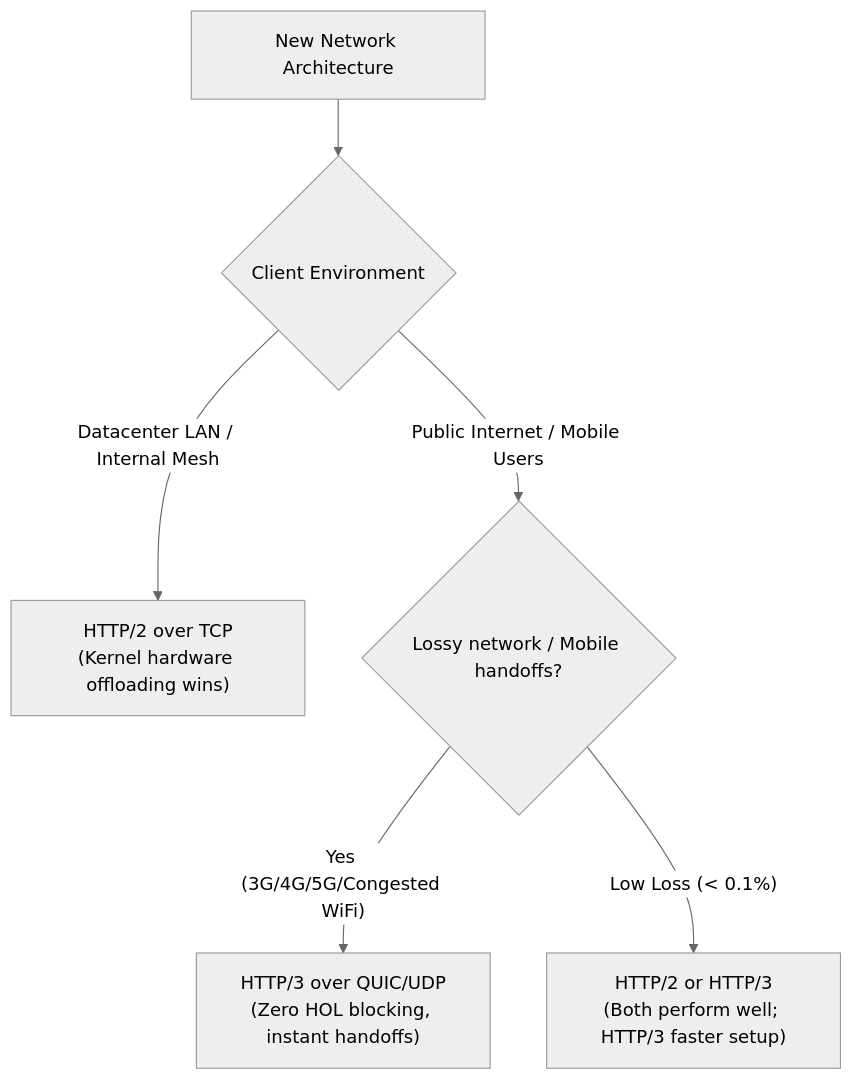
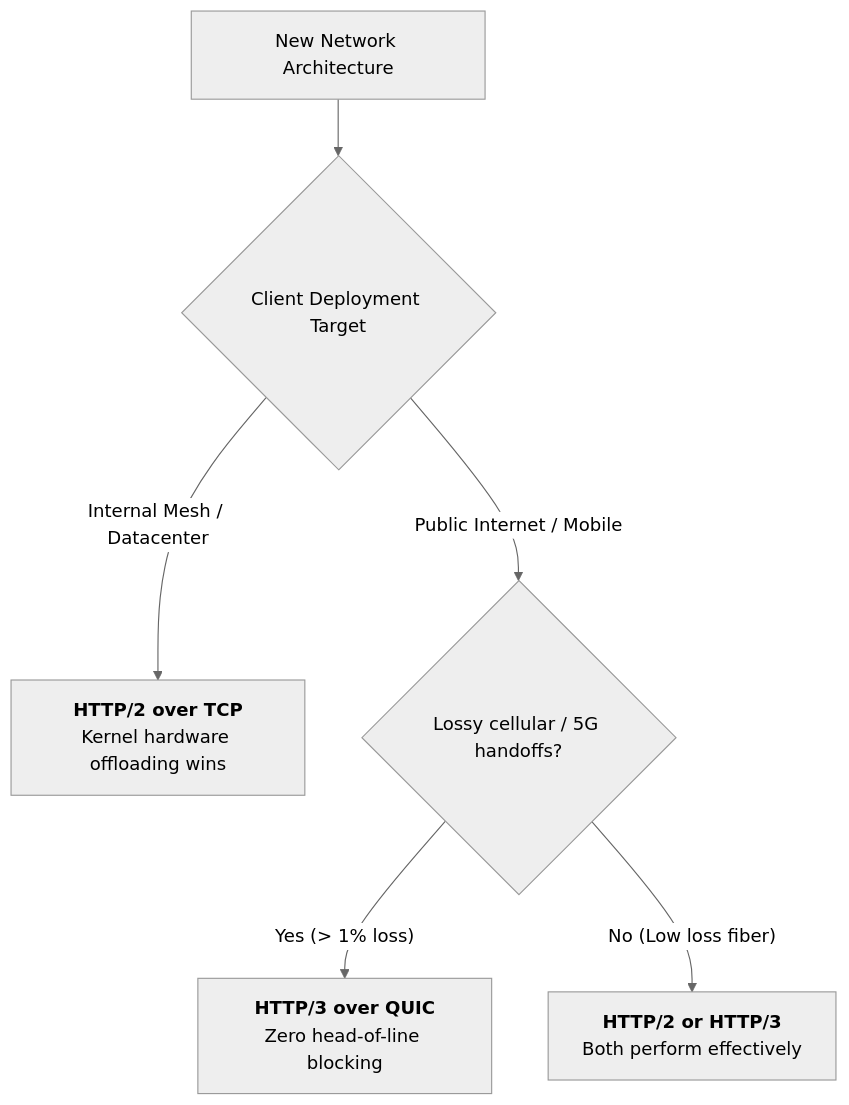
One commit to naimurhasan/naimurhasan.github.io changed the first of 3 diagrams in _posts/2026-09-14-http3-explained-why-the-internet-moved-to-quic.md. Above: the diagram before and after it, drawn with Mermaid (neutral theme). The commit also changed other lines of this file and 28 other files, not shown here.

Commit message:
fix(blog): refactor all Mermaid diagrams to vertical legible layouts and restore in-body illustrations

````diff
--- a/_posts/2026-09-14-http3-explained-why-the-internet-moved-to-quic.md
+++ b/_posts/2026-09-14-http3-explained-why-the-internet-moved-to-quic.md
@@ -25,8 +25,8 @@
 ```mermaid
-graph TD
-  Start["New Network Architecture"] --> Env{"Client Environment"}
-  Env -- "Datacenter LAN / Internal Mesh" --> TCP["HTTP/2 over TCP<br/>(Kernel hardware offloading wins)"]
-  Env -- "Public Internet / Mobile Users" --> Loss{"Lossy network / Mobile handoffs?"}
-  Loss -- "Yes (3G/4G/5G/Congested WiFi)" --> QUIC["HTTP/3 over QUIC/UDP<br/>(Zero HOL blocking, instant handoffs)"]
-  Loss -- "Low Loss (< 0.1%)" --> Either["HTTP/2 or HTTP/3<br/>(Both perform well; HTTP/3 faster setup)"]
+flowchart TD
+  Start["New Network Architecture"] --> Env{"Client Deployment Target"}
+  Env -- "Internal Mesh / Datacenter" --> TCP["<b>HTTP/2 over TCP</b><br/>Kernel hardware offloading wins"]
+  Env -- "Public Internet / Mobile" --> Mobile{"Lossy cellular / 5G handoffs?"}
+  Mobile -- "Yes (> 1% loss)" --> QUIC["<b>HTTP/3 over QUIC</b><br/>Zero head-of-line blocking"]
+  Mobile -- "No (Low loss fiber)" --> Either["<b>HTTP/2 or HTTP/3</b><br/>Both perform effectively"]
 ```
````
